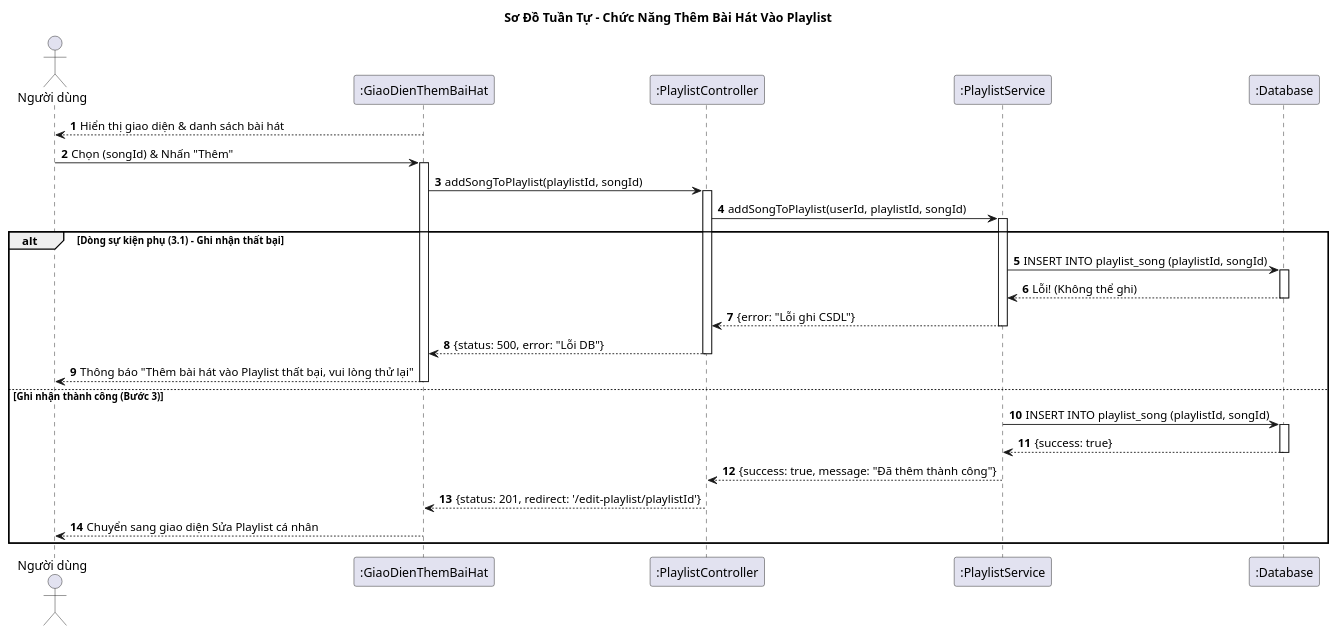
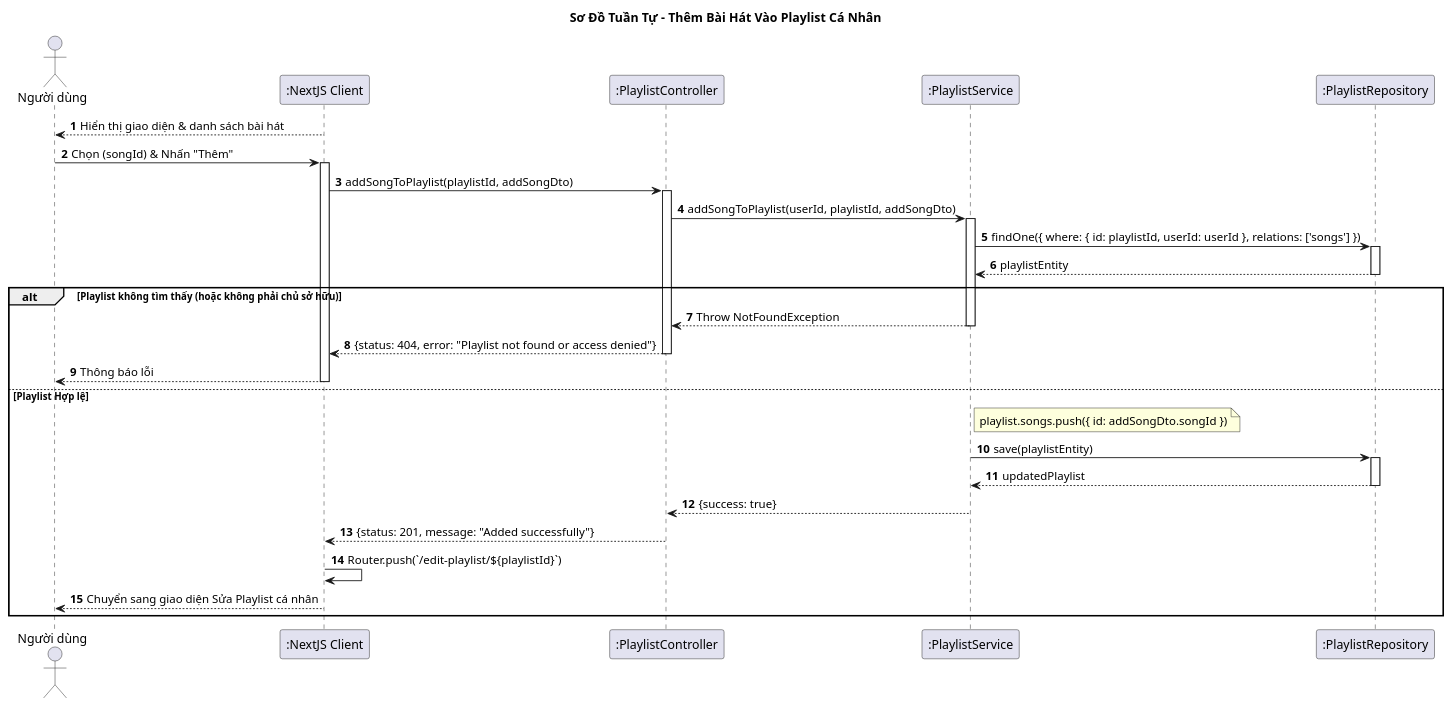
Before and after one commit to vinh047/soundwave: the diagram in Diagrams/SequenceDiagram/AddSongToPlaylistSD.plantuml, drawn with PlantUML. The commit also changed 25 other files, not shown here.

Commit message:
Thêm phần toggle theo dõi vào đặc tả, sửa sequence, sửa class đồng bộ với sequence

```diff
--- a/Diagrams/SequenceDiagram/AddSongToPlaylistSD.plantuml
+++ b/Diagrams/SequenceDiagram/AddSongToPlaylistSD.plantuml
@@ -1,55 +1,67 @@
-@startuml Sequence Diagram - Thêm Bài Hát Vào Playlist
+@startuml Sequence Diagram - Thêm Bài Hát Vào Playlist Cá Nhân
 
-title Sơ Đồ Tuần Tự - Chức Năng Thêm Bài Hát Vào Playlist
+title Sơ Đồ Tuần Tự - Thêm Bài Hát Vào Playlist Cá Nhân 
 
 actor "Người dùng" as User
-participant ":GiaoDienThemBaiHat" as UI
+participant ":NextJS Client" as UI
 participant ":PlaylistController" as Controller
 participant ":PlaylistService" as Service
-participant ":Database" as DB
+participant ":PlaylistRepository" as DB
 
 autonumber
 
-' === Dòng sự kiện chính (bước 1): Tải giao diện ===
-' (Giả định user đã ở trang Thêm bài hát)
+' === BƯỚC 1: HIỂN THỊ DANH SÁCH ===
 UI --> User: Hiển thị giao diện & danh sách bài hát
 
-' === Dòng sự kiện chính (bước 2): Người dùng chọn Thêm ===
+' === BƯỚC 2: GỬI YÊU CẦU ===
 User -> UI: Chọn (songId) & Nhấn "Thêm"
 activate UI
-UI -> Controller: addSongToPlaylist(playlistId, songId)
+
+' Request: POST /playlists/:id/songs (Body: { songId: 123 })
+UI -> Controller: addSongToPlaylist(playlistId, addSongDto)
 activate Controller
 
-Controller -> Service: addSongToPlaylist(userId, playlistId, songId)
+' Lấy userId từ req.user
+Controller -> Service: addSongToPlaylist(userId, playlistId, addSongDto)
 activate Service
 
-' === Dòng sự kiện (bước 3) & Dòng sự kiện phụ (3.1) ===
-alt Dòng sự kiện phụ (3.1) - Ghi nhận thất bại
-    Service -> DB: INSERT INTO playlist_song (playlistId, songId)
-    activate DB
-    DB --> Service: Lỗi! (Không thể ghi)
-    deactivate DB
-    Service --> Controller: {error: "Lỗi ghi CSDL"}
+' === BƯỚC 3: CHECK QUYỀN SỞ HỮU & LẤY PLAYLIST ===
+' Tìm playlist của user này để đảm bảo quyền sở hữu (Owner Check)
+Service -> DB: findOne({ where: { id: playlistId, userId: userId }, relations: ['songs'] })
+activate DB
+DB --> Service: playlistEntity
+deactivate DB
+
+alt Playlist không tìm thấy (hoặc không phải chủ sở hữu)
+    Service --> Controller: Throw NotFoundException
     deactivate Service
-    Controller --> UI: {status: 500, error: "Lỗi DB"}
+    Controller --> UI: {status: 404, error: "Playlist not found or access denied"}
     deactivate Controller
-
-    UI --> User: Thông báo "Thêm bài hát vào Playlist thất bại, vui lòng thử lại"
+    
+    UI --> User: Thông báo lỗi
     deactivate UI
 
-else Ghi nhận thành công (Bước 3)
-    Service -> DB: INSERT INTO playlist_song (playlistId, songId)
+else Playlist Hợp lệ
+    ' === BƯỚC 4: THỰC HIỆN THÊM ===
+    ' Logic: Lấy songId từ DTO, push vào mảng songs của playlist
+    note right of Service: playlist.songs.push({ id: addSongDto.songId })
+    
+    Service -> DB: save(playlistEntity)
     activate DB
-    DB --> Service: {success: true}
+    DB --> Service: updatedPlaylist
     deactivate DB
-    Service --> Controller: {success: true, message: "Đã thêm thành công"}
+    
+    Service --> Controller: {success: true}
     deactivate Service
-
-    ' === Dòng sự kiện chính (bước 4): Chuyển giao diện ===
-    Controller --> UI: {status: 201, redirect: '/edit-playlist/playlistId'}
+    
+    Controller --> UI: {status: 201, message: "Added successfully"}
     deactivate Controller
-
+    
+    ' === BƯỚC 5: CHUYỂN GIAO DIỆN ===
+    ' Client tự điều hướng
+    UI -> UI: Router.push(`/edit-playlist/${playlistId}`)
+    
     UI --> User: Chuyển sang giao diện Sửa Playlist cá nhân
     deactivate UI
 end
 @enduml
```
